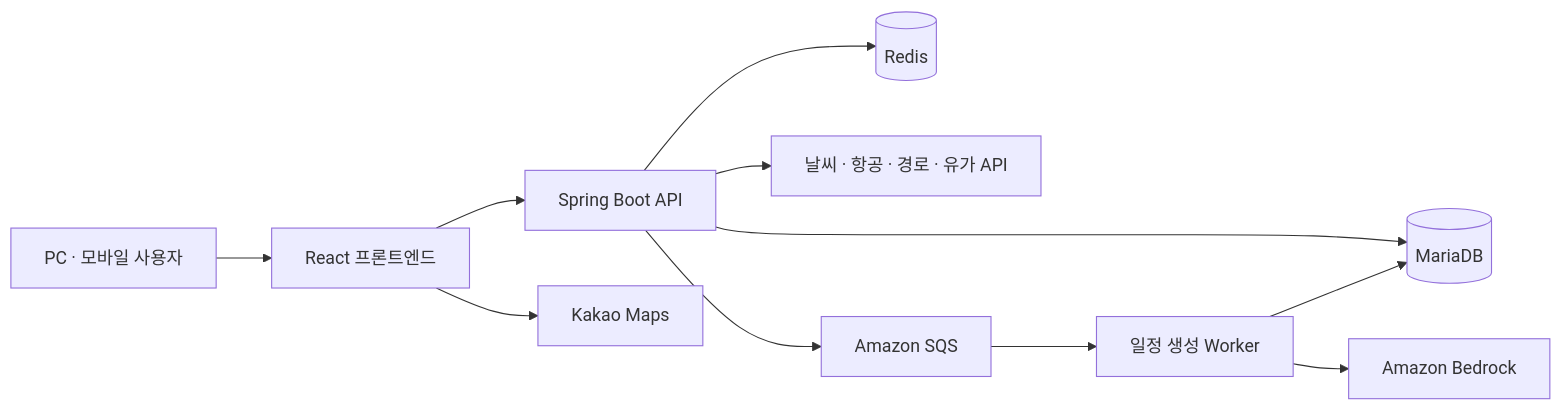
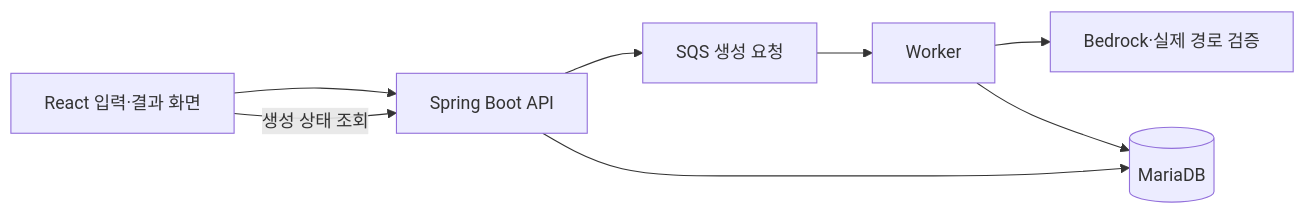
One commit to siu92/TripBuddy changed the diagram in README.md. Above: the diagram before and after it, drawn with Mermaid. The commit also changed other lines of this file and 32 other files, not shown here.

````diff
--- a/README.md
+++ b/README.md
@@ -129,13 +24,10 @@
 ```mermaid
 flowchart LR
-    User[PC · 모바일 사용자] --> Front[React 프론트엔드]
-    Front --> API[Spring Boot API]
-    Front --> Map[Kakao Maps]
-    API --> DB[(MariaDB)]
-    API --> Cache[(Redis)]
-    API --> External[날씨 · 항공 · 경로 · 유가 API]
-    API --> Queue[Amazon SQS]
-    Queue --> Worker[일정 생성 Worker]
-    Worker --> AI[Amazon Bedrock]
-    Worker --> DB
+  Front[React 입력·결과 화면] --> API[Spring Boot API]
+  API --> SQS[SQS 생성 요청]
+  SQS --> Worker[Worker]
+  Worker --> AI[Bedrock·실제 경로 검증]
+  Worker --> DB[(MariaDB)]
+  API --> DB
+  Front -->|생성 상태 조회| API
 ```
````
